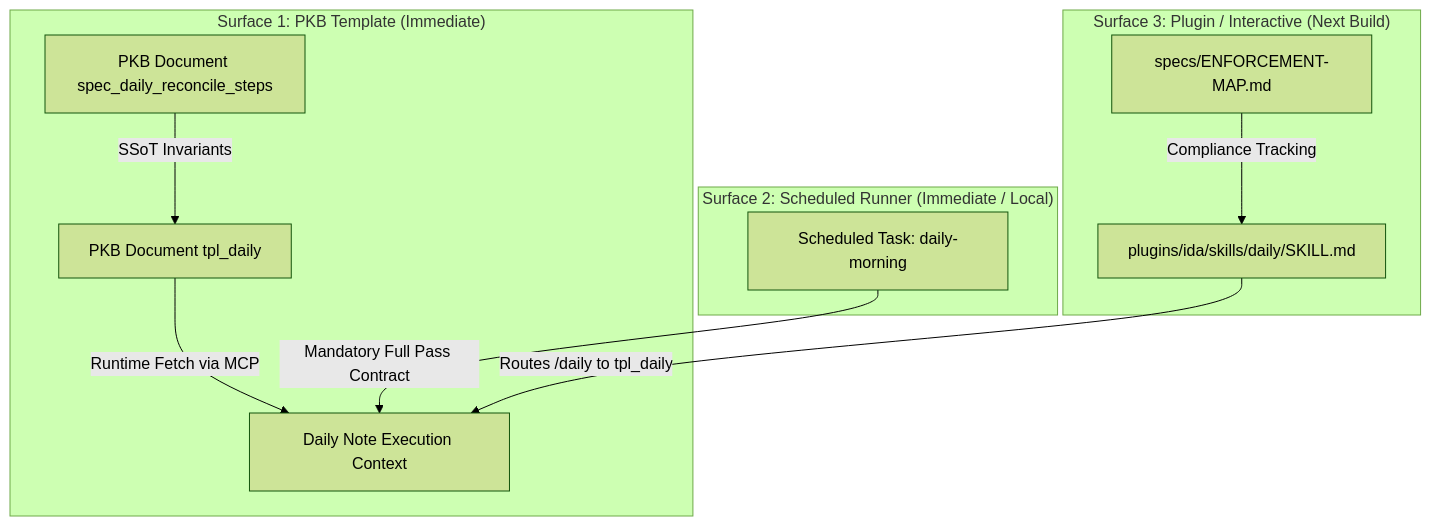
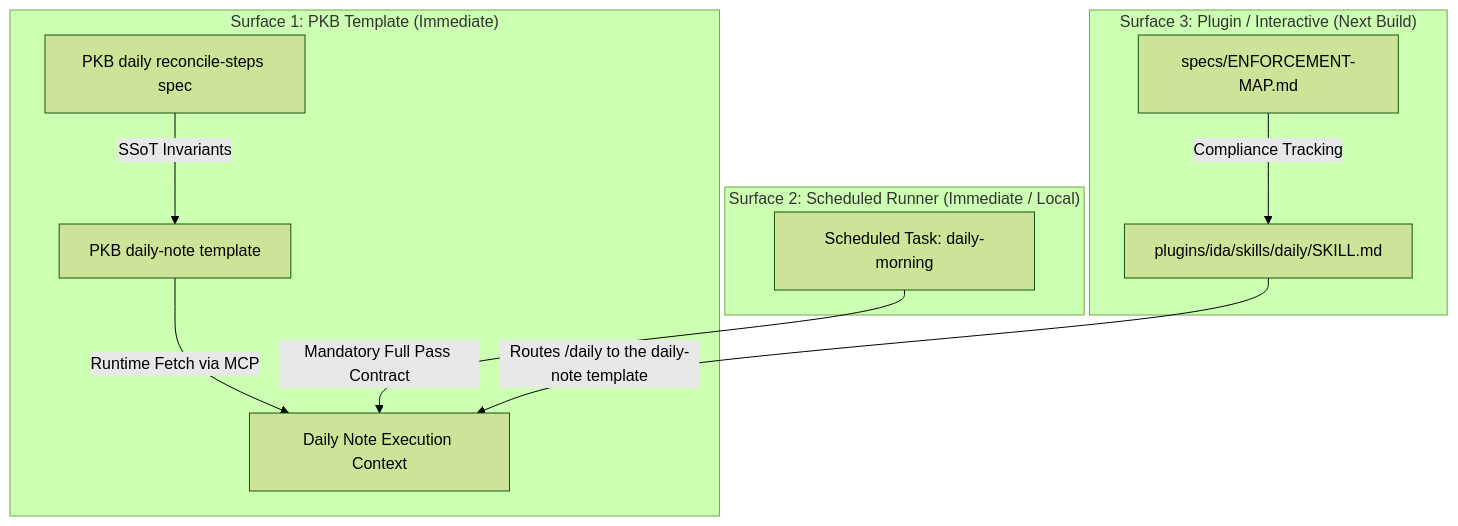
The diagram in specs/enforcement/complete-daily-runs.md (nicsuzor/academicOps), drawn with Mermaid (forest theme) before and after one commit. The commit also changed other lines of this file and 54 other files, not shown here.

````diff
--- a/specs/enforcement/complete-daily-runs.md
+++ b/specs/enforcement/complete-daily-runs.md
@@ -140,16 +140,16 @@
 ```mermaid
 flowchart TD
     subgraph S1["Surface 1: PKB Template (Immediate)"]
-        TPL["PKB Document tpl_daily"] -->|Runtime Fetch via MCP| RUN["Daily Note Execution Context"]
-        SPEC["PKB Document spec_daily_reconcile_steps"] -->|SSoT Invariants| TPL
+        TPL["PKB daily-note template"] -->|Runtime Fetch via MCP| RUN["Daily Note Execution Context"]
+        SPEC["PKB daily reconcile-steps spec"] -->|SSoT Invariants| TPL
     end
 
     subgraph S2["Surface 2: Scheduled Runner (Immediate / Local)"]
         PROMPT["Scheduled Task: daily-morning"] -->|Mandatory Full Pass Contract| RUN
     end
 
     subgraph S3["Surface 3: Plugin / Interactive (Next Build)"]
-        SKILL["plugins/ida/skills/daily/SKILL.md"] -->|Routes /daily to tpl_daily| RUN
+        SKILL["plugins/ida/skills/daily/SKILL.md"] -->|Routes /daily to the daily-note template| RUN
         MAP["specs/ENFORCEMENT-MAP.md"] -->|Compliance Tracking| SKILL
     end
 ```
````
